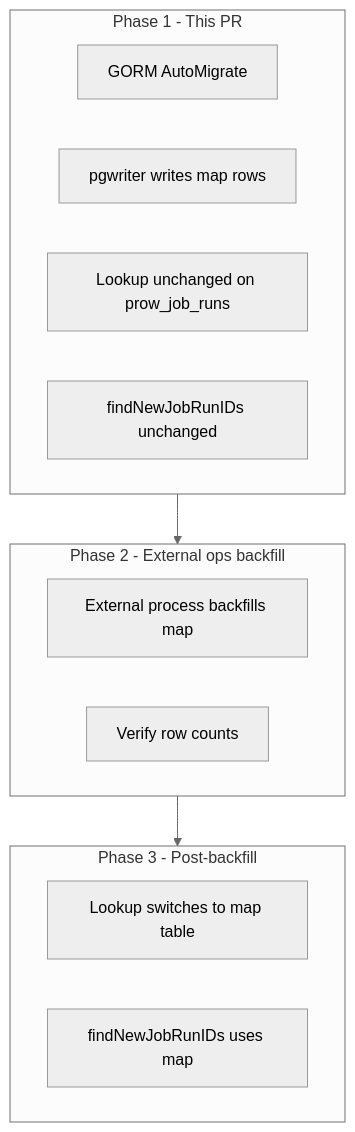
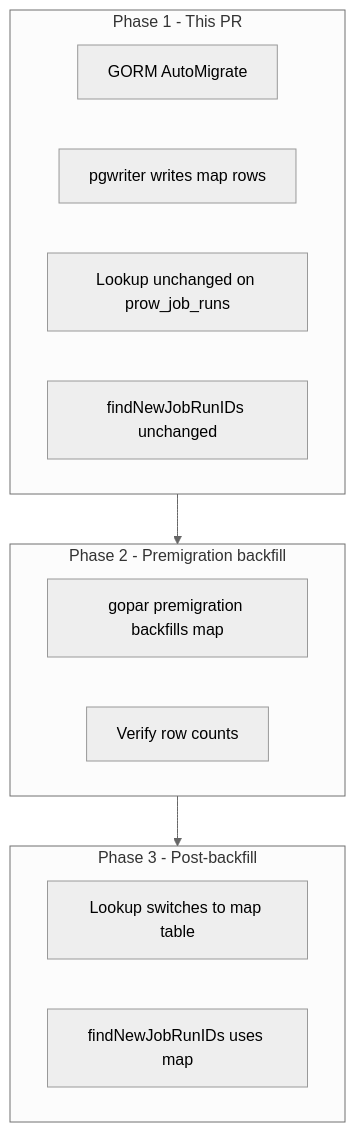
The diagram in docs/plans/trt-2709-job-run-id-mapping.md (openshift/sippy), drawn with Mermaid (neutral theme) before and after one commit. The commit also changed other lines of this file, not shown here.

Commit message:
trt-2709: update gopar migration for jobrunid mapping plan

````diff
--- a/docs/plans/trt-2709-job-run-id-mapping.md
+++ b/docs/plans/trt-2709-job-run-id-mapping.md
@@ -33,18 +33,18 @@
 ```mermaid
 flowchart TB
   subgraph phase1 [Phase 1 - This PR]
     AutoMigrate[GORM AutoMigrate]
     PgWriter[pgwriter writes map rows]
     LookupUnchanged[Lookup unchanged on prow_job_runs]
     FindNew[findNewJobRunIDs unchanged]
   end
-  subgraph phase2 [Phase 2 - External ops backfill]
-    Backfill[External process backfills map]
+  subgraph phase2 [Phase 2 - Premigration backfill]
+    Backfill[gopar premigration backfills map]
     Verify[Verify row counts]
   end
   subgraph phase3 [Phase 3 - Post-backfill]
     SwitchLookup[Lookup switches to map table]
     FindNewMap[findNewJobRunIDs uses map]
   end
   phase1 --> phase2 --> phase3
 ```
````
